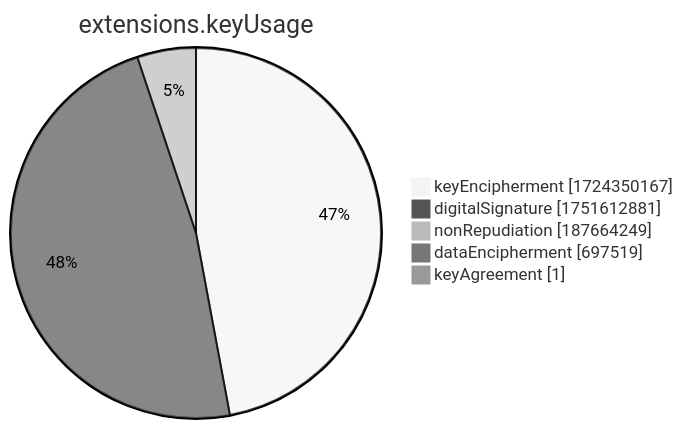
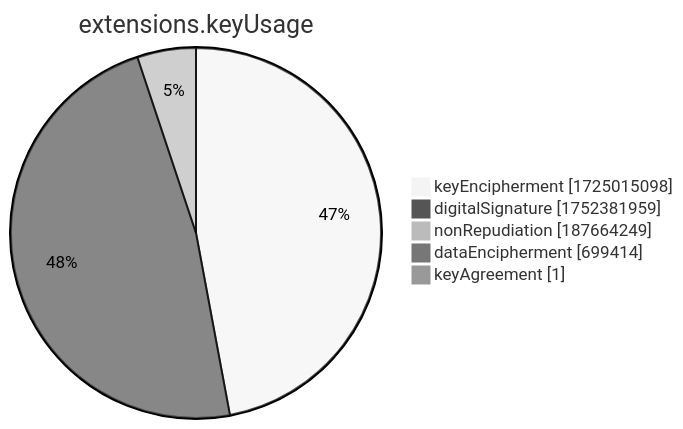
Before and after one commit to christiankrug/ctmonitor_visualization: the seventh of 15 diagrams in xenon2022/README.md, drawn with Mermaid (neutral theme). The commit also changed other lines of this file, not shown here.

````diff
--- a/xenon2022/README.md
+++ b/xenon2022/README.md
@@ -2859,9 +2859,9 @@
 ```mermaid
 pie showData
 title extensions.keyUsage
-"keyEncipherment" :1724350167
-"digitalSignature" :1751612881
+"keyEncipherment" :1725015098
+"digitalSignature" :1752381959
 "nonRepudiation" :187664249
-"dataEncipherment" :697519
+"dataEncipherment" :699414
 "keyAgreement" :1
 ```
````
